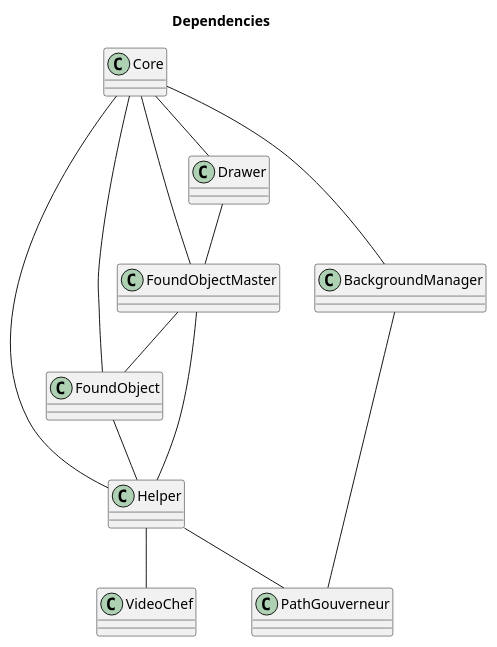
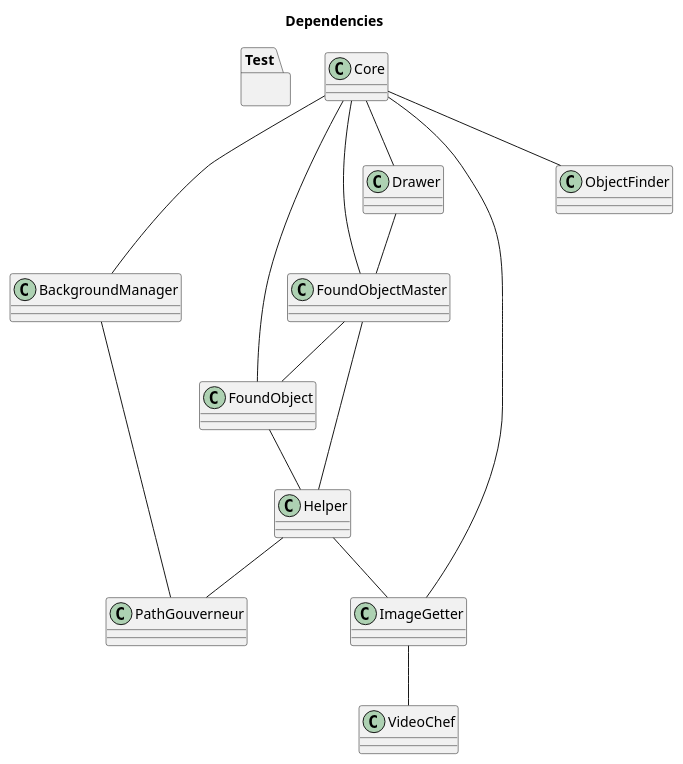
One commit to NewTec-GmbH/SpaceShipRadar changed the diagram in doc/uml/swarch.puml. Above: the diagram before and after it, drawn with PlantUML. The commit also changed 2 other files, not shown here.

```diff
--- a/doc/uml/swarch.puml
+++ b/doc/uml/swarch.puml
@@ -1,31 +1,43 @@
 @startuml swarch
 title Dependencies
 
+package Test {
+}
+
 class Core
 class Helper
+
 class FoundObject
 class FoundObjectMaster
+
 class Drawer
 class BackgroundManager
 class PathGouverneur
+
 class VideoChef
+class ImageGetter
 
-Core -- Helper
+class ObjectFinder
+
 Core -- FoundObject
 Core -- FoundObjectMaster
 Core -- Drawer
 Core -- BackgroundManager
+Core -- ImageGetter
+Core -- ObjectFinder
 
 Helper -- PathGouverneur
-Helper -- VideoChef
+Helper -- ImageGetter
 
 FoundObject -- Helper
 
 FoundObjectMaster -- FoundObject
 FoundObjectMaster -- Helper
 
 Drawer -- FoundObjectMaster
 
 BackgroundManager -- PathGouverneur
 
+ImageGetter -- VideoChef
+
 @enduml
```
